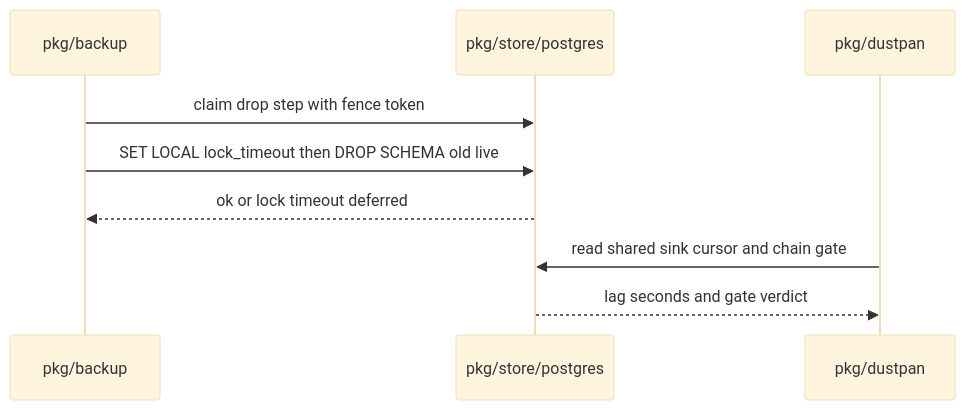
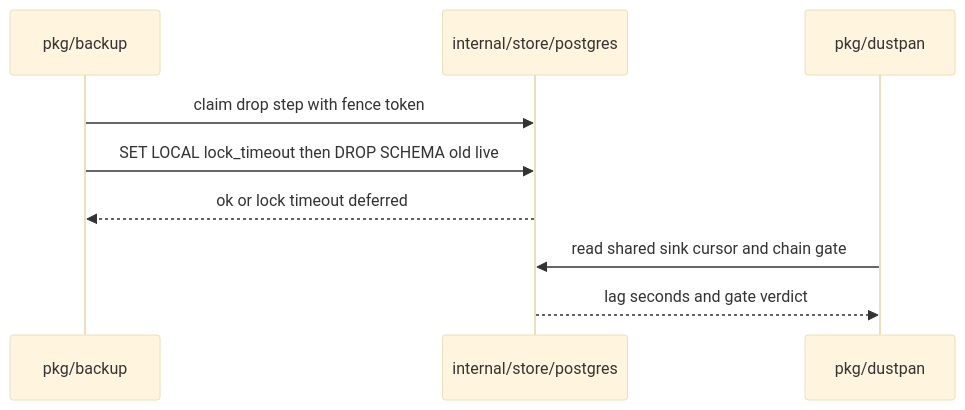
The first of 3 diagrams in openspec/changes/track-medium-low-items-several-sink-lag-readiness-gate/design.md (OpenDustpan/OpenDustpan), drawn with Mermaid (base theme) before and after one commit. The commit also changed 90 other files, not shown here.

First line of the commit message:
Fix store paths in open changes: pkg/store/{sqlite,postgres,internal} to internal/store

````diff
--- a/openspec/changes/track-medium-low-items-several-sink-lag-readiness-gate/design.md
+++ b/openspec/changes/track-medium-low-items-several-sink-lag-readiness-gate/design.md
@@ -23,11 +23,11 @@
 ```mermaid
 sequenceDiagram
 participant W as pkg/backup
-participant S as pkg/store/postgres
+participant S as internal/store/postgres
 participant H as pkg/dustpan
 W->>S: claim drop step with fence token
 W->>S: SET LOCAL lock_timeout then DROP SCHEMA old live
 S-->>W: ok or lock timeout deferred
 H->>S: read shared sink cursor and chain gate
 S-->>H: lag seconds and gate verdict
 ```
````
